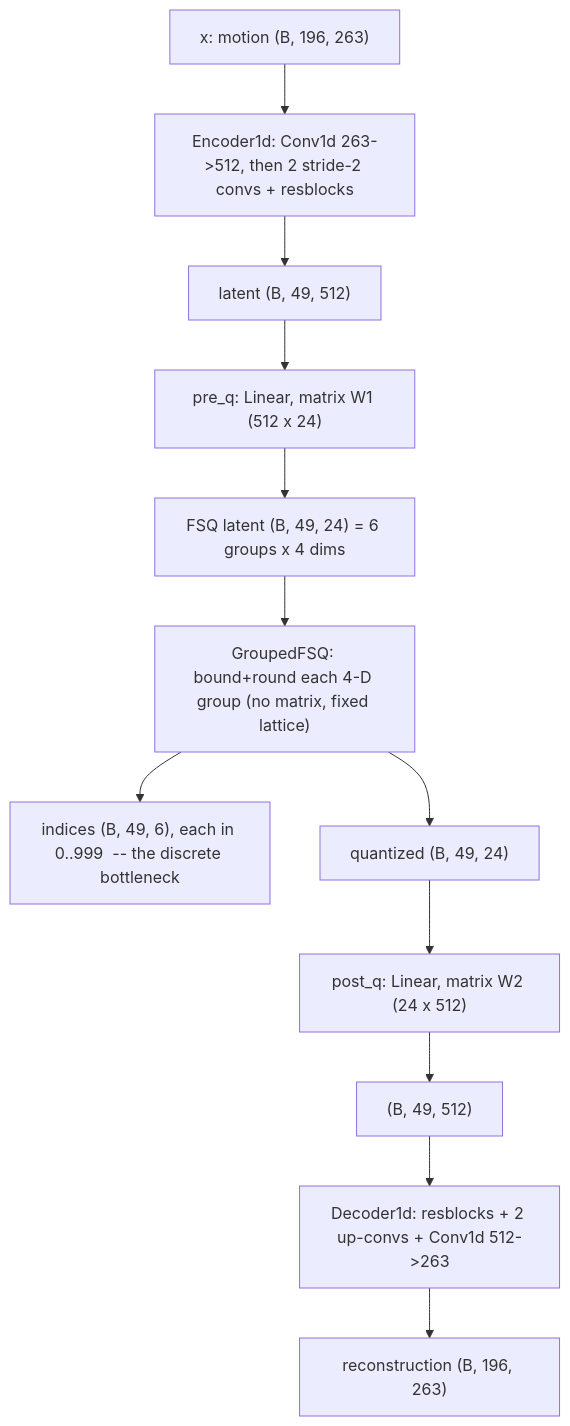
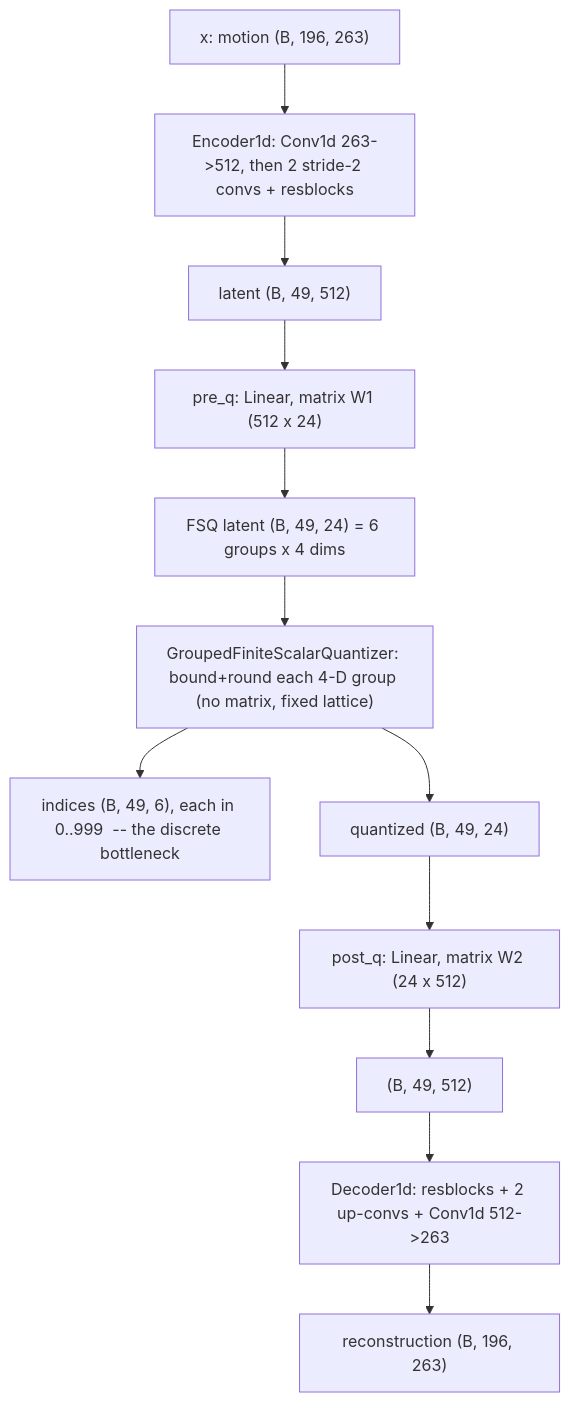
Before and after one commit to CatalinButacu/GenAI-Text2Motion: the third of 3 diagrams in doc/notes/lessons/06-fsq-tokenizer.md, drawn with Mermaid. The commit also changed 10 other files, not shown here.

Commit message:
Rename the quantizer classes and methods to full names: Quantizer, QuantizerStack, VectorQuantizer, the grouped and residual stacks, quantizers, combine_code_vectors, active_stage_count, round_straight_through; remove the lookup copy of indices_to_codes

````diff
--- a/doc/notes/lessons/06-fsq-tokenizer.md
+++ b/doc/notes/lessons/06-fsq-tokenizer.md
@@ -117,14 +117,14 @@
 ```mermaid
 flowchart TB
   X["x: motion (B, 196, 263)"] --> E["Encoder1d: Conv1d 263->512, then 2 stride-2 convs + resblocks"]
   E --> L["latent (B, 49, 512)"]
   L --> PQ["pre_q: Linear, matrix W1 (512 x 24)"]
   PQ --> Z["FSQ latent (B, 49, 24) = 6 groups x 4 dims"]
-  Z --> Q["GroupedFSQ: bound+round each 4-D group (no matrix, fixed lattice)"]
+  Z --> Q["GroupedFiniteScalarQuantizer: bound+round each 4-D group (no matrix, fixed lattice)"]
   Q --> IDX["indices (B, 49, 6), each in 0..999  -- the discrete bottleneck"]
   Q --> QZ["quantized (B, 49, 24)"]
   QZ --> PO["post_q: Linear, matrix W2 (24 x 512)"]
   PO --> L2["(B, 49, 512)"]
   L2 --> D["Decoder1d: resblocks + 2 up-convs + Conv1d 512->263"]
   D --> XR["reconstruction (B, 196, 263)"]
 ```
````
